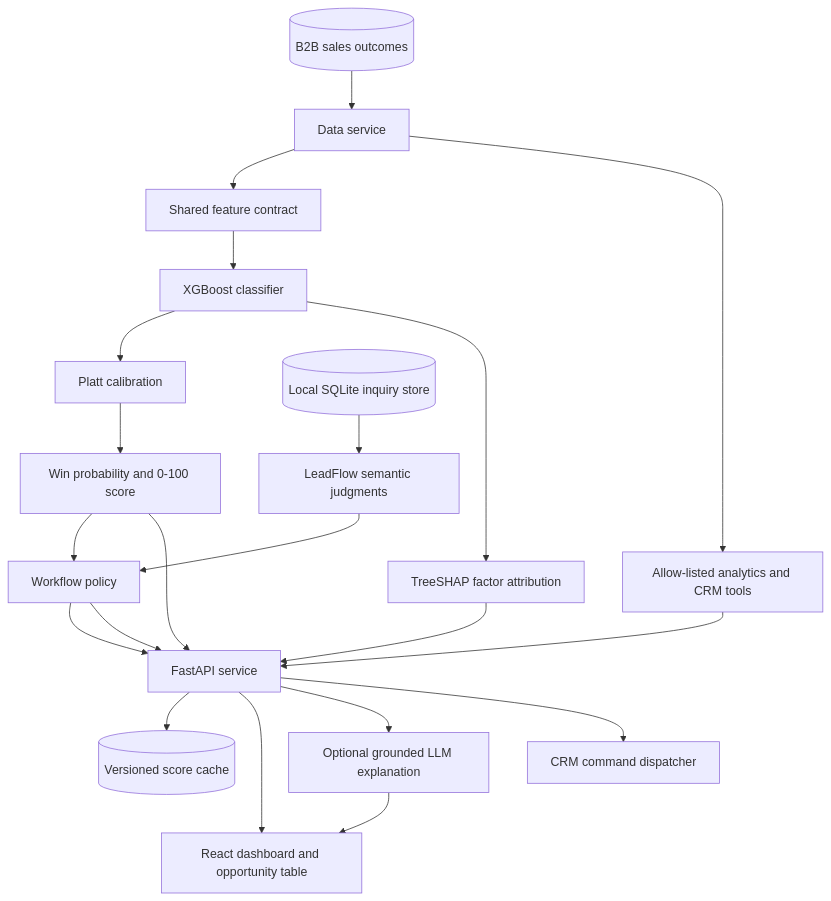
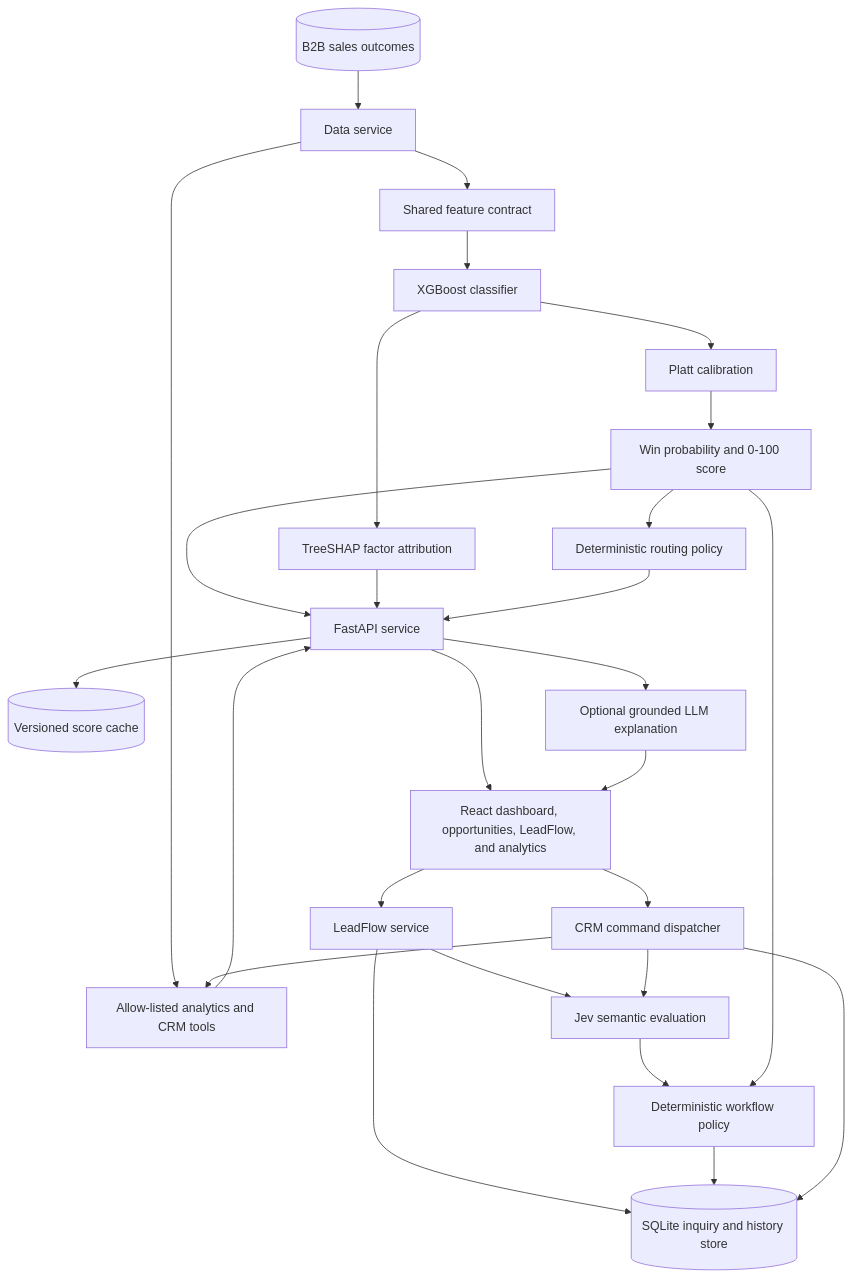
Before and after one commit to sandeeppanem/genai-lead-scoring-agent: the diagram in README.md, drawn with Mermaid. The commit also changed other lines of this file and 1 other file, not shown here.

Commit message:
Document LeadFlow workflows and Jev boundaries

````diff
--- a/README.md
+++ b/README.md
@@ -32,29 +55,36 @@
 ```mermaid
 flowchart TD
     DATA[(B2B sales outcomes)] --> DS[Data service]
     DS --> FEATURES[Shared feature contract]
 
     FEATURES --> XGB[XGBoost classifier]
     XGB --> CAL[Platt calibration]
     CAL --> SCORE[Win probability and 0-100 score]
     XGB --> SHAP[TreeSHAP factor attribution]
 
     SCORE --> POLICY[Deterministic routing policy]
     SCORE --> API[FastAPI service]
     SHAP --> API
     POLICY --> API
 
     API --> CACHE[(Versioned score cache)]
-    API --> UI[React dashboard and opportunity table]
+    API --> UI[React dashboard, opportunities, LeadFlow, and analytics]
 
     API --> LLM[Optional grounded LLM explanation]
     LLM --> UI
 
     DS --> TOOLS[Allow-listed analytics and CRM tools]
     TOOLS --> API
 
-    INQUIRY[(Local SQLite inquiry store)] --> LEADFLOW[LeadFlow semantic judgments]
-    LEADFLOW --> POLICY[Workflow policy]
-    POLICY --> API
-    API --> COMMANDS[CRM command dispatcher]
+    UI --> LEADFLOW[LeadFlow service]
+    LEADFLOW --> JEV[Jev semantic evaluation]
+    LEADFLOW --> INQUIRY[(SQLite inquiry and history store)]
+    JEV --> WFPOLICY[Deterministic workflow policy]
+    SCORE --> WFPOLICY
+    WFPOLICY --> INQUIRY
+
+    UI --> COMMANDS[CRM command dispatcher]
+    COMMANDS --> JEV
+    COMMANDS --> TOOLS
+    COMMANDS --> INQUIRY
 ```
````
